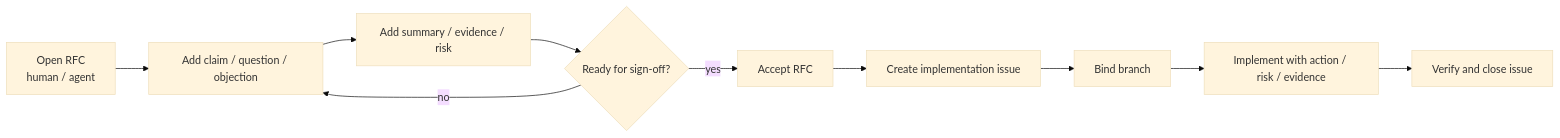
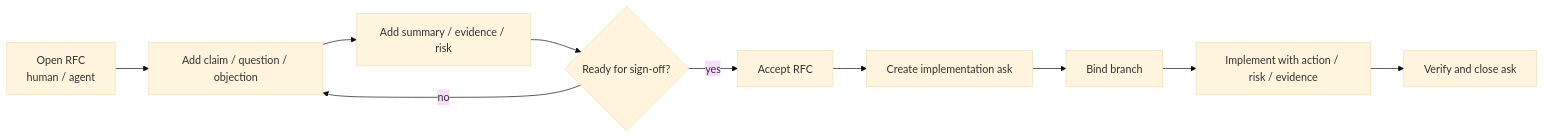
Before and after one commit to tmineno/gitforum: the diagram in README.md, drawn with Mermaid. The commit also changed other lines of this file, not shown here.

First line of the commit message:
Update README for ask/job kind names and opaque IDs

````diff
--- a/README.md
+++ b/README.md
@@ -12,18 +12,18 @@
 ```mermaid
 ---
 config:
   theme: "base"
   themeVariables:
     fontSize: 16px
 ---
 flowchart LR
     A[Open RFC<br/>human / agent] --> B[Add claim / question / objection]
     B --> C[Add summary / evidence / risk]
     C --> D{Ready for sign-off?}
     D -- no --> B
     D -- yes --> E[Accept RFC]
-    E --> F[Create implementation issue]
+    E --> F[Create implementation ask]
     F --> G[Bind branch]
     G --> H[Implement with action / risk / evidence]
-    H --> I[Verify and close issue]
+    H --> I[Verify and close ask]
 ```
````
